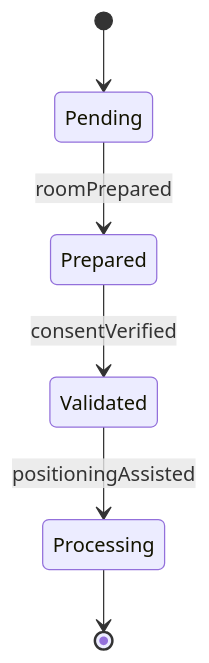
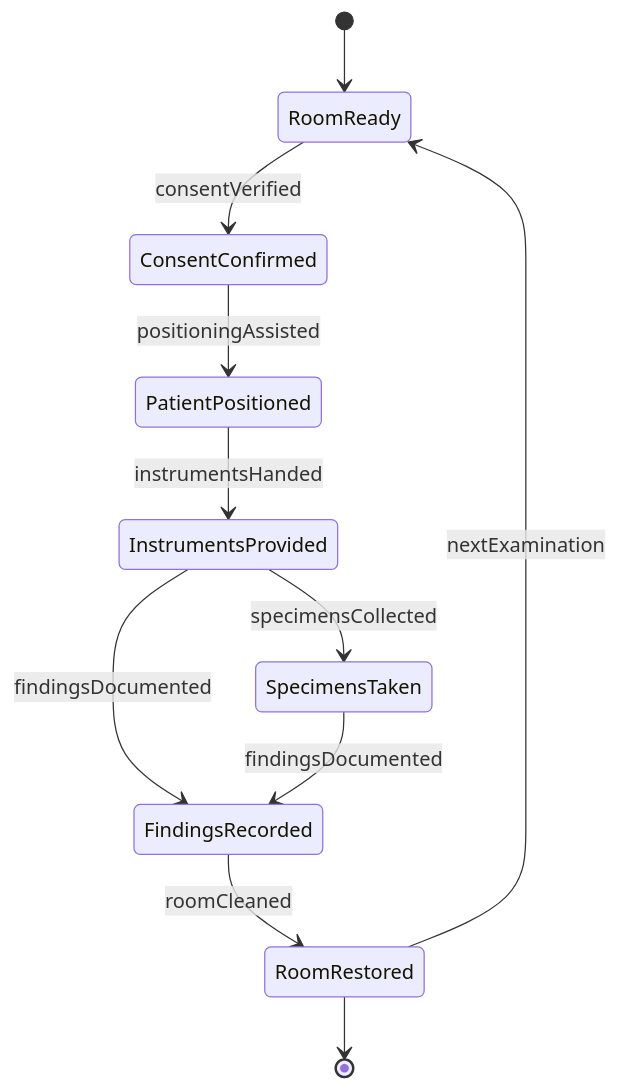
The second of 4 diagrams in AssistingAndCaringForOthers/AssistHealthcarePractitionersDuringMedicalProcedures/AssistHealthcarePractitionersDuringExaminations.mdx (dot-org-ai/tasks.org.ai), drawn with Mermaid before and after one commit. The commit also changed other lines of this file and 32 other files, not shown here.

First line of the commit message:
fix: Improve ER and State diagrams in 32 AssistingAndCaringForOthers DWA files

````diff
--- a/AssistingAndCaringForOthers/AssistHealthcarePractitionersDuringMedicalProcedures/AssistHealthcarePractitionersDuringExaminations.mdx
+++ b/AssistingAndCaringForOthers/AssistHealthcarePractitionersDuringMedicalProcedures/AssistHealthcarePractitionersDuringExaminations.mdx
@@ -99,8 +99,13 @@
 ```mermaid
 stateDiagram-v2
-    [*] --> Pending
-    Pending --> Prepared : roomPrepared
-    Prepared --> Validated : consentVerified
-    Validated --> Processing : positioningAssisted
-    Processing --> [*]
+    [*] --> RoomReady
+    RoomReady --> ConsentConfirmed : consentVerified
+    ConsentConfirmed --> PatientPositioned : positioningAssisted
+    PatientPositioned --> InstrumentsProvided : instrumentsHanded
+    InstrumentsProvided --> SpecimensTaken : specimensCollected
+    InstrumentsProvided --> FindingsRecorded : findingsDocumented
+    SpecimensTaken --> FindingsRecorded : findingsDocumented
+    FindingsRecorded --> RoomRestored : roomCleaned
+    RoomRestored --> RoomReady : nextExamination
+    RoomRestored --> [*]
 ```
````
